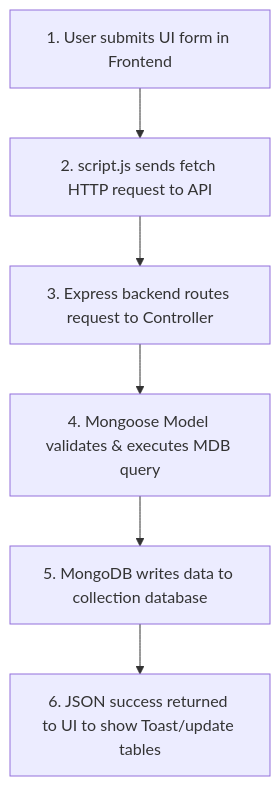
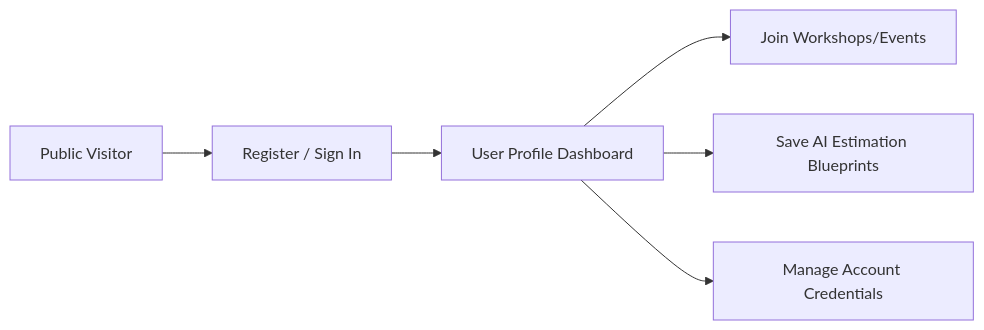
One commit to beni02273-design/AI-Solution-Web-Portal changed the second of 4 diagrams in README.md. Above: the diagram before and after it, drawn with Mermaid. The commit also changed other lines of this file and 7 other files, not shown here.

````diff
--- a/README.md
+++ b/README.md
@@ -75,8 +57,8 @@
 ```mermaid
-graph TD
-    A[1. User submits UI form in Frontend] --> B[2. script.js sends fetch HTTP request to API]
-    B --> C[3. Express backend routes request to Controller]
-    C --> D[4. Mongoose Model validates & executes MDB query]
-    D --> E[5. MongoDB writes data to collection database]
-    E --> F[6. JSON success returned to UI to show Toast/update tables]
+graph LR
+    A[Public Visitor] --> B[Register / Sign In]
+    B --> C[User Profile Dashboard]
+    C --> D[Join Workshops/Events]
+    C --> E[Save AI Estimation Blueprints]
+    C --> F[Manage Account Credentials]
 ```
````
